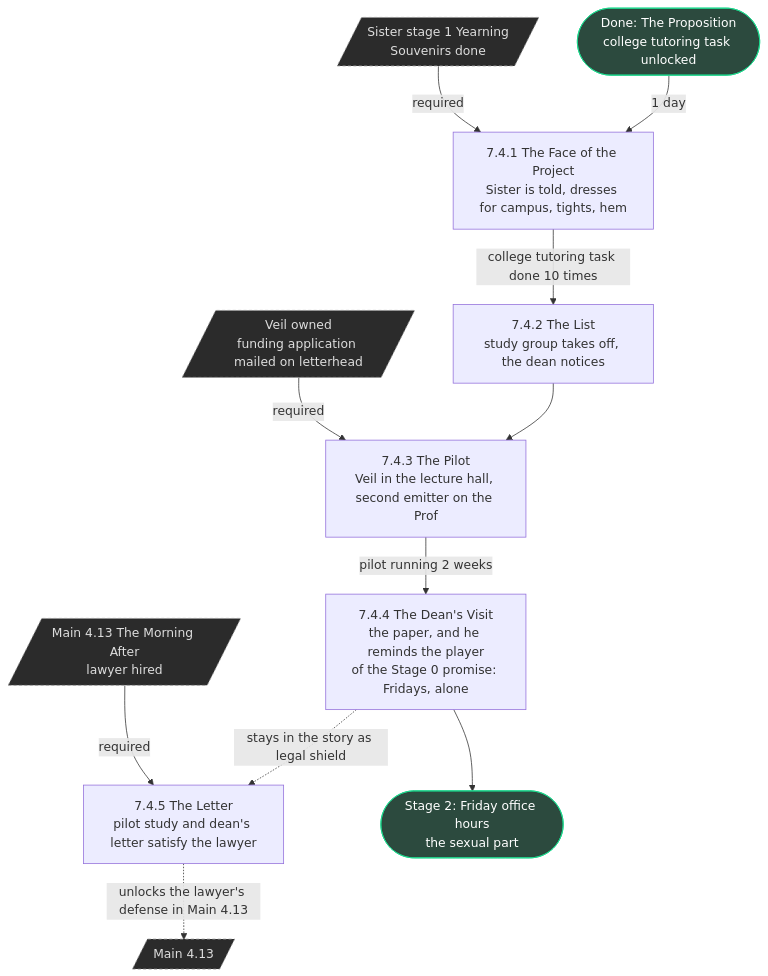
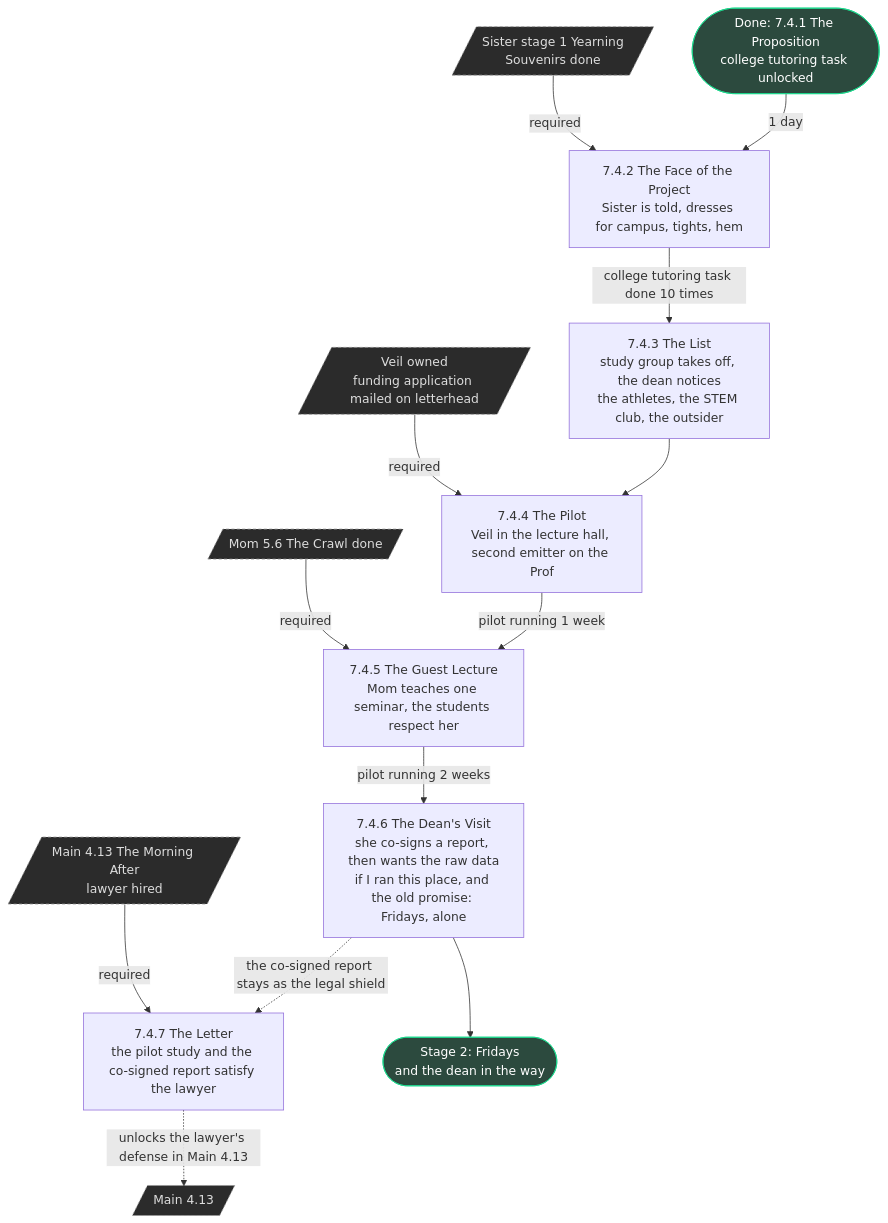
One commit to MichaelWinsauer/RTR changed the seventh of 9 diagrams in STAGE1_FLOWCHARTS.md. Above: the diagram before and after it, drawn with Mermaid. The commit also changed other lines of this file and 2 other files, not shown here.

Commit message:
plan: stage 1 quest planning prep

````diff
--- a/STAGE1_FLOWCHARTS.md
+++ b/STAGE1_FLOWCHARTS.md
@@ -366,29 +378,33 @@
 ```mermaid
 flowchart TD
-  S0(["Done: The Proposition<br/>college tutoring task unlocked"]):::done
+  S0(["Done: 7.4.1 The Proposition<br/>college tutoring task unlocked"]):::done
 
-  P1["7.4.1 The Face of the Project<br/>Sister is told, dresses for campus, tights, hem"]
-  P2["7.4.2 The List<br/>study group takes off, the dean notices"]
-  P3["7.4.3 The Pilot<br/>Veil in the lecture hall, second emitter on the Prof"]
-  P4["7.4.4 The Dean's Visit<br/>the paper, and he reminds the player<br/>of the Stage 0 promise: Fridays, alone"]
-  P5["7.4.5 The Letter<br/>pilot study and dean's letter satisfy the lawyer"]
-  S2(["Stage 2: Friday office hours<br/>the sexual part"]):::done
+  P1["7.4.2 The Face of the Project<br/>Sister is told, dresses for campus, tights, hem"]
+  P2["7.4.3 The List<br/>study group takes off, the dean notices<br/>the athletes, the STEM club, the outsider"]
+  P3["7.4.4 The Pilot<br/>Veil in the lecture hall, second emitter on the Prof"]
+  P4["7.4.5 The Guest Lecture<br/>Mom teaches one seminar, the students respect her"]
+  P5["7.4.6 The Dean's Visit<br/>she co-signs a report, then wants the raw data<br/>if I ran this place, and the old promise: Fridays, alone"]
+  P6["7.4.7 The Letter<br/>the pilot study and the co-signed report satisfy the lawyer"]
+  S2(["Stage 2: Fridays<br/>and the dean in the way"]):::done
 
   G0[/"Sister stage 1 Yearning<br/>Souvenirs done"/]:::gate
   G1[/"Veil owned<br/>funding application mailed on letterhead"/]:::gate
+  G3[/"Mom 5.6 The Crawl done"/]:::gate
   G2[/"Main 4.13 The Morning After<br/>lawyer hired"/]:::gate
 
   S0 -->|"1 day"| P1
   G0 -->|"required"| P1
   P1 -->|"college tutoring task done 10 times"| P2
   P2 --> P3
   G1 -->|"required"| P3
-  P3 -->|"pilot running 2 weeks"| P4
-  P4 -.->|"stays in the story as legal shield"| P5
-  G2 -->|"required"| P5
-  P4 --> S2
-  P5 -.->|"unlocks the lawyer's defense in Main 4.13"| X1[/"Main 4.13"/]:::gate
+  P3 -->|"pilot running 1 week"| P4
+  G3 -->|"required"| P4
+  P4 -->|"pilot running 2 weeks"| P5
+  P5 -.->|"the co-signed report stays as the legal shield"| P6
+  G2 -->|"required"| P6
+  P5 --> S2
+  P6 -.->|"unlocks the lawyer's defense in Main 4.13"| X1[/"Main 4.13"/]:::gate
 
   classDef done fill:#2c4a3e,stroke:#1cd88d,color:#fff
   classDef gate fill:#2b2b2b,stroke:#999,color:#ddd,stroke-dasharray:4 3
 ```
````
